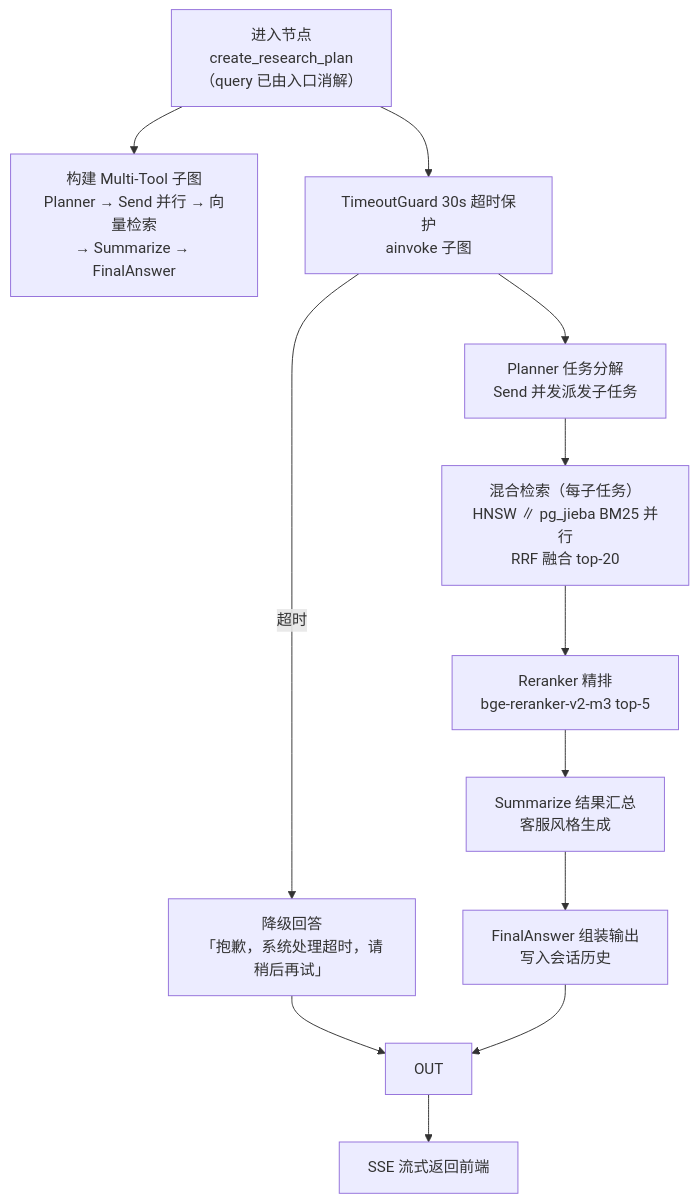
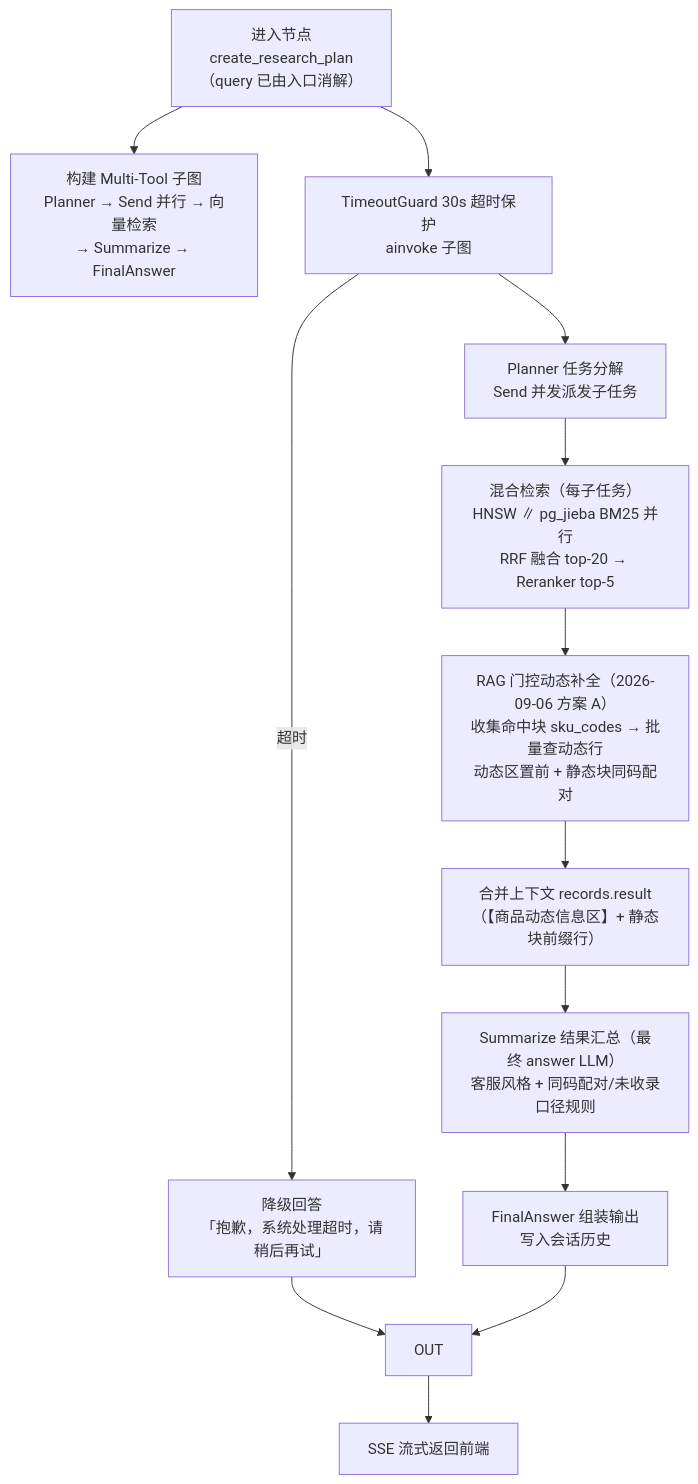
Diagram 30 of 35 in docs/PROJECT_ANALYSIS.md (blowt16/SmartCS-Agent), drawn with Mermaid before and after one commit. The commit also changed other lines of this file, not shown here.

````diff
--- a/docs/PROJECT_ANALYSIS.md
+++ b/docs/PROJECT_ANALYSIS.md
@@ -878,14 +879,15 @@
 ```mermaid
 flowchart TD
     A["进入节点<br/>create_research_plan<br/>（query 已由入口消解）"] --> B["构建 Multi-Tool 子图<br/>Planner → Send 并行 → 向量检索<br/>→ Summarize → FinalAnswer"]
     A --> R["TimeoutGuard 30s 超时保护<br/>ainvoke 子图"]
     R --> S2["Planner 任务分解<br/>Send 并发派发子任务"]
-    S2 --> S3["混合检索（每子任务）<br/>HNSW ∥ pg_jieba BM25 并行<br/>RRF 融合 top-20"]
-    S3 --> S4["Reranker 精排<br/>bge-reranker-v2-m3 top-5"]
-    S4 --> S5["Summarize 结果汇总<br/>客服风格生成"]
+    S2 --> S3["混合检索（每子任务）<br/>HNSW ∥ pg_jieba BM25 并行<br/>RRF 融合 top-20 → Reranker top-5"]
+    S3 --> S3B["RAG 门控动态补全（2026-09-06 方案 A）<br/>收集命中块 sku_codes → 批量查动态行<br/>动态区置前 + 静态块同码配对"]
+    S3B --> S4["合并上下文 records.result<br/>（【商品动态信息区】+ 静态块前缀行）"]
+    S4 --> S5["Summarize 结果汇总（最终 answer LLM）<br/>客服风格 + 同码配对/未收录口径规则"]
     S5 --> S7["FinalAnswer 组装输出<br/>写入会话历史"]
     R -->|"超时"| S1B["降级回答<br/>「抱歉，系统处理超时，请稍后再试」"]
     S1B --> OUT
     S7 --> OUT
     OUT --> END["SSE 流式返回前端"]
 ```
````
